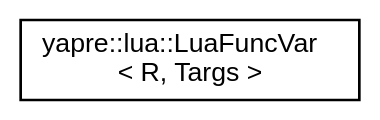
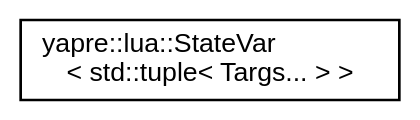
One commit to yapre-run/doc changed the diagram in docs/inherit_graph_14.dot. Above: the diagram before and after it, drawn with Graphviz. The commit also changed 298 other files, not shown here.

```diff
--- a/docs/inherit_graph_14.dot
+++ b/docs/inherit_graph_14.dot
@@ -1,9 +1,9 @@
 digraph "Graphical Class Hierarchy"
 {
  // LATEX_PDF_SIZE
   bgcolor="transparent";
   edge [fontname="Helvetica",fontsize="10",labelfontname="Helvetica",labelfontsize="10"];
   node [fontname="Helvetica",fontsize="10",shape=record];
   rankdir="LR";
-  Node0 [label="yapre::lua::LuaFuncVar\l\< R, Targs \>",height=0.2,width=0.4,color="black",URL="$classyapre_1_1lua_1_1_lua_func_var.html",tooltip=" "];
+  Node0 [label="yapre::lua::StateVar\l\< std::tuple\< Targs... \> \>",height=0.2,width=0.4,color="black",URL="$structyapre_1_1lua_1_1_state_var_3_01std_1_1tuple_3_01_targs_8_8_8_01_4_01_4.html",tooltip=" "];
 }
```
